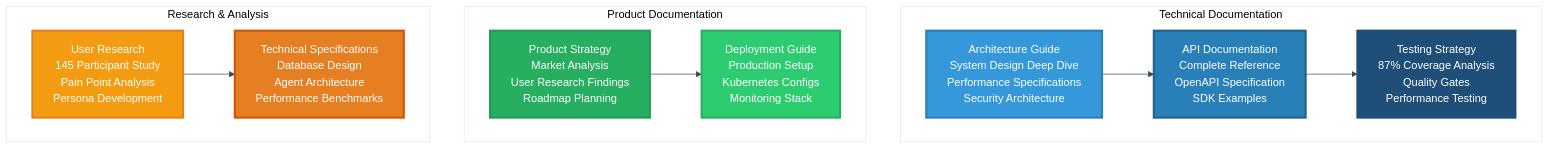
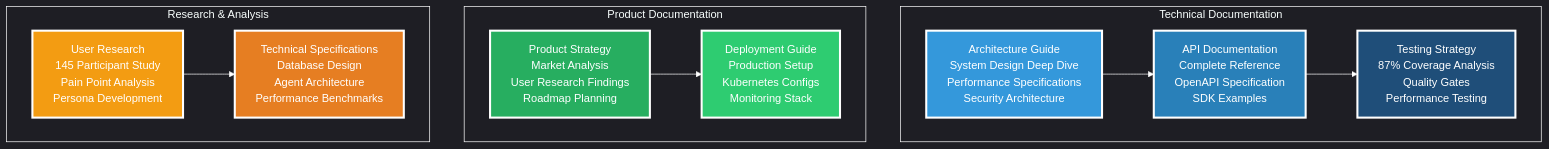
One commit to PriscillaOng12/AI-Code-Review-Squad changed the tenth of 20 diagrams in README.md. Above: the diagram before and after it, drawn with Mermaid. The commit also changed other lines of this file, not shown here.

````diff
--- a/README.md
+++ b/README.md
@@ -328,34 +328,34 @@
 ```mermaid
-%%{init: {'theme': 'base', 'themeVariables': {'primaryColor': '#ffffff', 'primaryTextColor': '#2c3e50', 'primaryBorderColor': '#2c3e50', 'lineColor': '#34495e', 'secondaryColor': '#ffffff', 'tertiaryColor': '#ffffff', 'background': '#ffffff', 'mainBkg': '#ffffff', 'secondBkg': '#ffffff', 'tertiaryBkg': '#ffffff'}}}%%
+%%{init: {'theme': 'dark', 'themeVariables': {'primaryColor': 'transparent', 'primaryTextColor': '#ffffff', 'primaryBorderColor': '#ffffff', 'lineColor': '#ffffff', 'secondaryColor': 'transparent', 'tertiaryColor': 'transparent', 'background': 'transparent', 'mainBkg': 'transparent', 'secondBkg': 'transparent', 'tertiaryBkg': 'transparent', 'clusterBkg': 'transparent', 'clusterBorder': '#ffffff', 'edgeLabelBackground': 'transparent'}}}%%
 graph TB
     subgraph "Technical Documentation"
         ARCH[Architecture Guide<br/>System Design Deep Dive<br/>Performance Specifications<br/>Security Architecture]
         API[API Documentation<br/>Complete Reference<br/>OpenAPI Specification<br/>SDK Examples]
         TEST[Testing Strategy<br/>87% Coverage Analysis<br/>Quality Gates<br/>Performance Testing]
     end
     
     subgraph "Product Documentation"
         PRODUCT[Product Strategy<br/>Market Analysis<br/>User Research Findings<br/>Roadmap Planning]
         DEPLOY[Deployment Guide<br/>Production Setup<br/>Kubernetes Configs<br/>Monitoring Stack]
     end
     
     subgraph "Research & Analysis"
         RESEARCH[User Research<br/>145 Participant Study<br/>Pain Point Analysis<br/>Persona Development]
         SPECS[Technical Specifications<br/>Database Design<br/>Agent Architecture<br/>Performance Benchmarks]
     end
     
     ARCH --> API
     API --> TEST
     PRODUCT --> DEPLOY
     RESEARCH --> SPECS
     
-    style ARCH fill:#3498db,stroke:#2980b9,stroke-width:3px,color:#ffffff
-    style API fill:#2980b9,stroke:#21618c,stroke-width:3px,color:#ffffff
-    style TEST fill:#1f4e79,stroke:#1b4f72,stroke-width:3px,color:#ffffff
+    style ARCH fill:#3498db,stroke:#ffffff,stroke-width:3px,color:#ffffff
+    style API fill:#2980b9,stroke:#ffffff,stroke-width:3px,color:#ffffff
+    style TEST fill:#1f4e79,stroke:#ffffff,stroke-width:3px,color:#ffffff
     
-    style PRODUCT fill:#27ae60,stroke:#229954,stroke-width:3px,color:#ffffff
-    style DEPLOY fill:#2ecc71,stroke:#27ae60,stroke-width:3px,color:#ffffff
+    style PRODUCT fill:#27ae60,stroke:#ffffff,stroke-width:3px,color:#ffffff
+    style DEPLOY fill:#2ecc71,stroke:#ffffff,stroke-width:3px,color:#ffffff
     
-    style RESEARCH fill:#f39c12,stroke:#e67e22,stroke-width:3px,color:#ffffff
-    style SPECS fill:#e67e22,stroke:#d35400,stroke-width:3px,color:#ffffff
+    style RESEARCH fill:#f39c12,stroke:#ffffff,stroke-width:3px,color:#ffffff
+    style SPECS fill:#e67e22,stroke:#ffffff,stroke-width:3px,color:#ffffff
 ```
````
